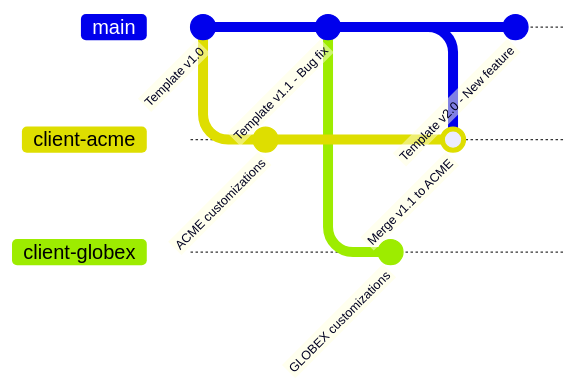
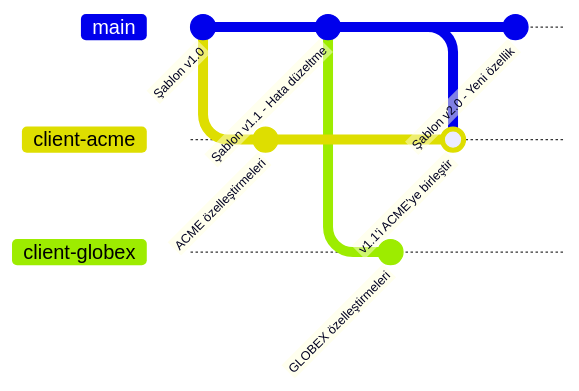
One commit to beyhanmeyrali/sap-all changed the eighth of 8 diagrams in Technical Tutorials/BTP/TR/chapters/13-cross-customer-deployments.md. Above: the diagram before and after it, drawn with Mermaid. The commit also changed other lines of this file and 11 other files, not shown here.

````diff
--- a/Technical Tutorials/BTP/TR/chapters/13-cross-customer-deployments.md
+++ b/Technical Tutorials/BTP/TR/chapters/13-cross-customer-deployments.md
@@ -281,14 +281,14 @@
 ```mermaid
 gitGraph
-    commit id: "Template v1.0"
+    commit id: "Şablon v1.0"
     branch client-acme
-    commit id: "ACME customizations"
+    commit id: "ACME özelleştirmeleri"
     checkout main
-    commit id: "Template v1.1 - Bug fix"
+    commit id: "Şablon v1.1 - Hata düzeltme"
     branch client-globex
-    commit id: "GLOBEX customizations"
+    commit id: "GLOBEX özelleştirmeleri"
     checkout client-acme
-    merge main id: "Merge v1.1 to ACME"
+    merge main id: "v1.1'i ACME'ye birleştir"
     checkout main
-    commit id: "Template v2.0 - New feature"
+    commit id: "Şablon v2.0 - Yeni özellik"
 ```
````
